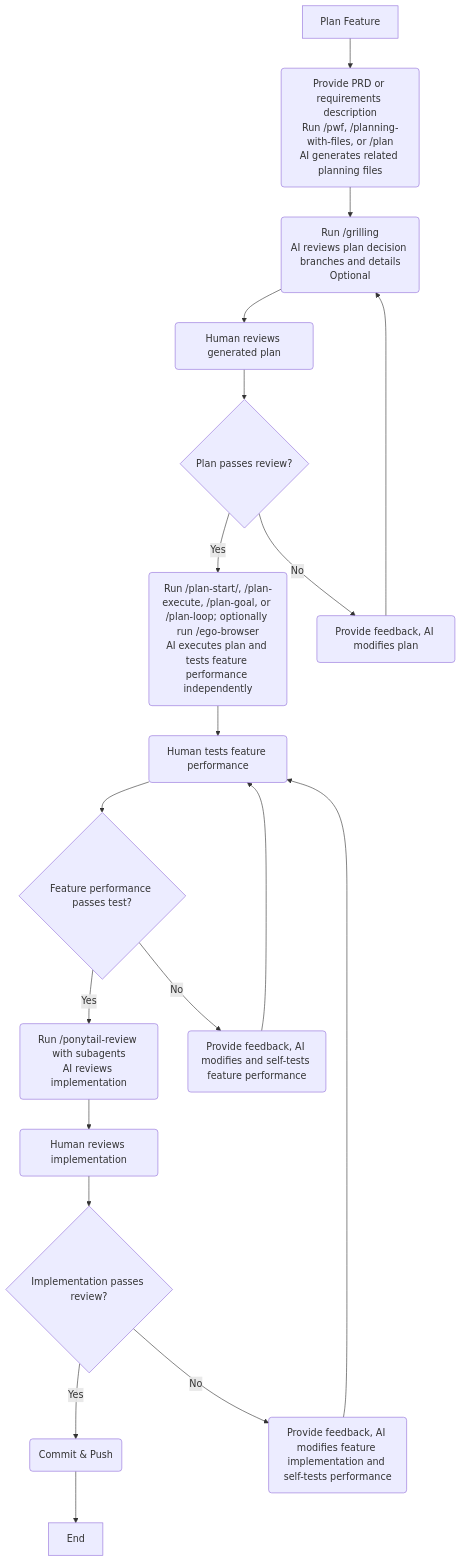
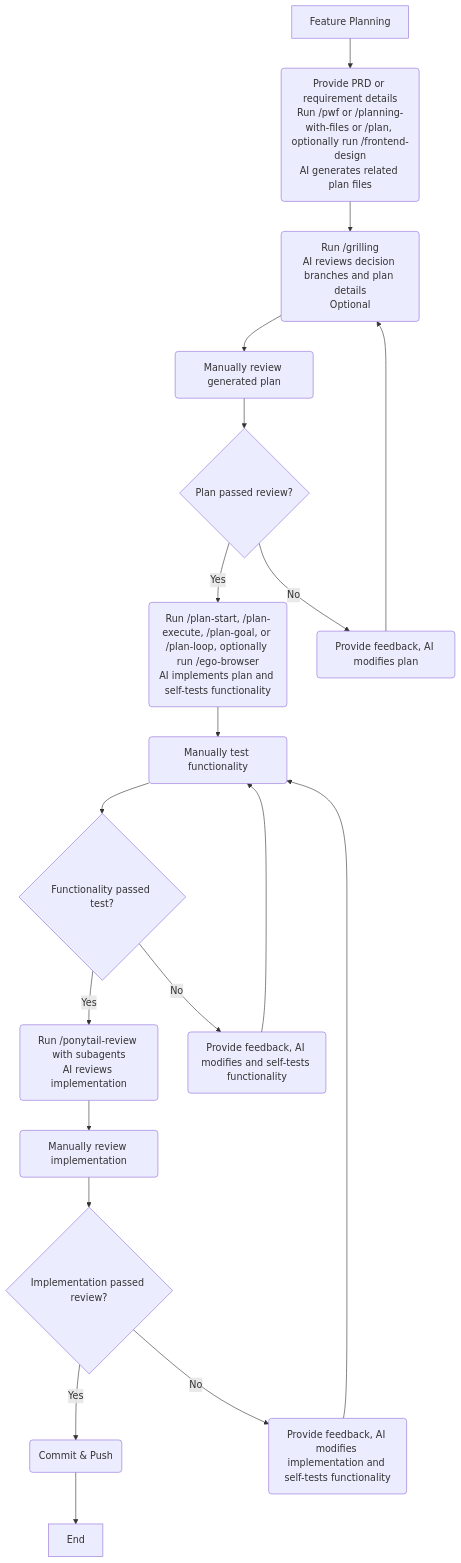
The first of 3 diagrams in README.md (ModyQyW/ai), drawn with Mermaid before and after one commit. The commit also changed other lines of this file and 1 other file, not shown here.

````diff
--- a/README.md
+++ b/README.md
@@ -113,21 +125,22 @@
 ```mermaid
 flowchart TD
-   A[Plan Feature] --> B(Provide PRD or requirements description\nRun /pwf, /planning-with-files, or /plan\nAI generates related planning files)
-   B --> C(Run /grilling\nAI reviews plan decision branches and details\nOptional)
-   C --> D(Human reviews generated plan)
-   D --> E{Plan passes review?}
-   E -->|Yes| F(Run /plan-start/, /plan-execute, /plan-goal, or /plan-loop; optionally run /ego-browser\nAI executes plan and tests feature performance independently)
+   A[Feature Planning] --> B(Provide PRD or requirement details\nRun /pwf or /planning-with-files or /plan, optionally run /frontend-design\nAI generates related plan files)
+   B --> C(Run /grilling\nAI reviews decision branches and plan details\nOptional)
+   C --> D(Manually review generated plan)
+   D --> E{Plan passed review?}
+   E -->|Yes| F(Run /plan-start, /plan-execute, /plan-goal, or /plan-loop, optionally run /ego-browser\nAI implements plan and self-tests functionality)
    E -->|No| G(Provide feedback, AI modifies plan)
    G --> C
-   F --> H(Human tests feature performance)
-   H --> I{Feature performance passes test?}
+   F --> H(Manually test functionality)
+   H --> I{Functionality passed test?}
    I -->|Yes| J(Run /ponytail-review with subagents\nAI reviews implementation)
-   I -->|No| K(Provide feedback, AI modifies and self-tests feature performance)
+   I -->|No| K(Provide feedback, AI modifies and self-tests functionality)
    K --> H
-   J --> L(Human reviews implementation)
-   L --> M{Implementation passes review?}
+   J --> L(Manually review implementation)
+   L --> M{Implementation passed review?}
    M -->|Yes| N(Commit & Push)
-   M -->|No| O(Provide feedback, AI modifies feature implementation and self-tests performance)
+   M -->|No| O(Provide feedback, AI modifies implementation and self-tests functionality)
    O --> H
    N --> P[End]
+
 ```
````
